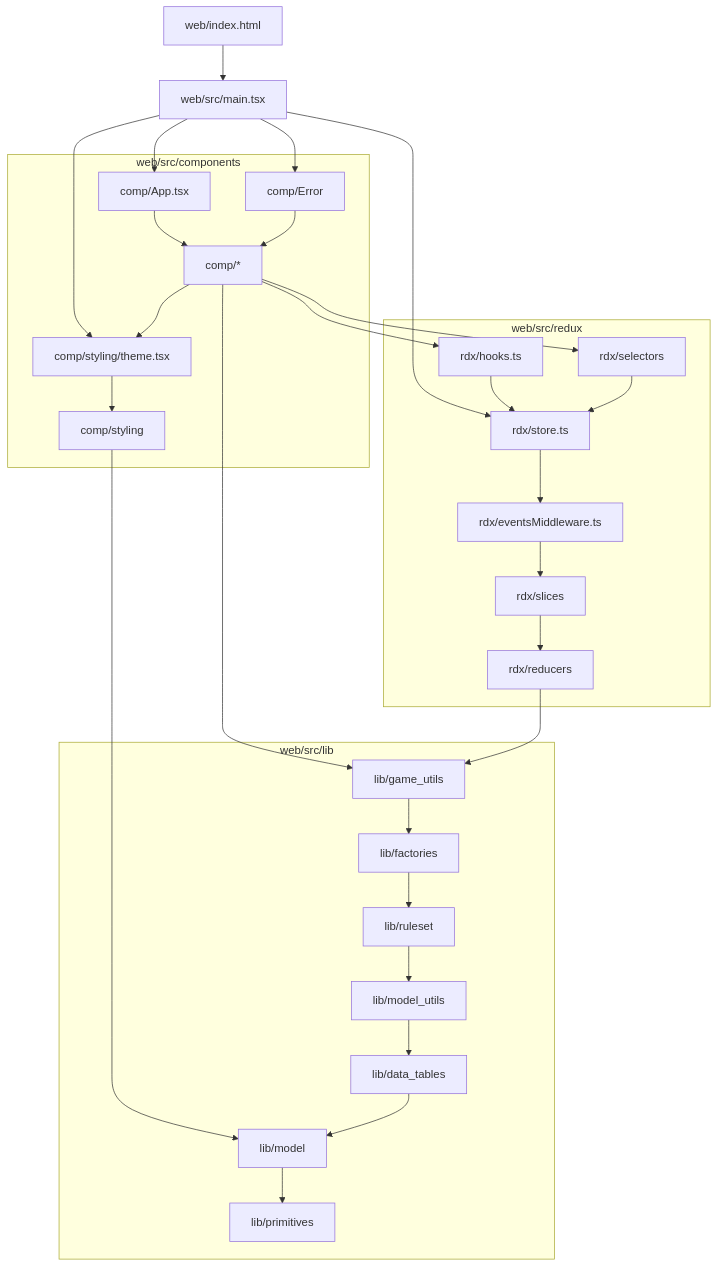
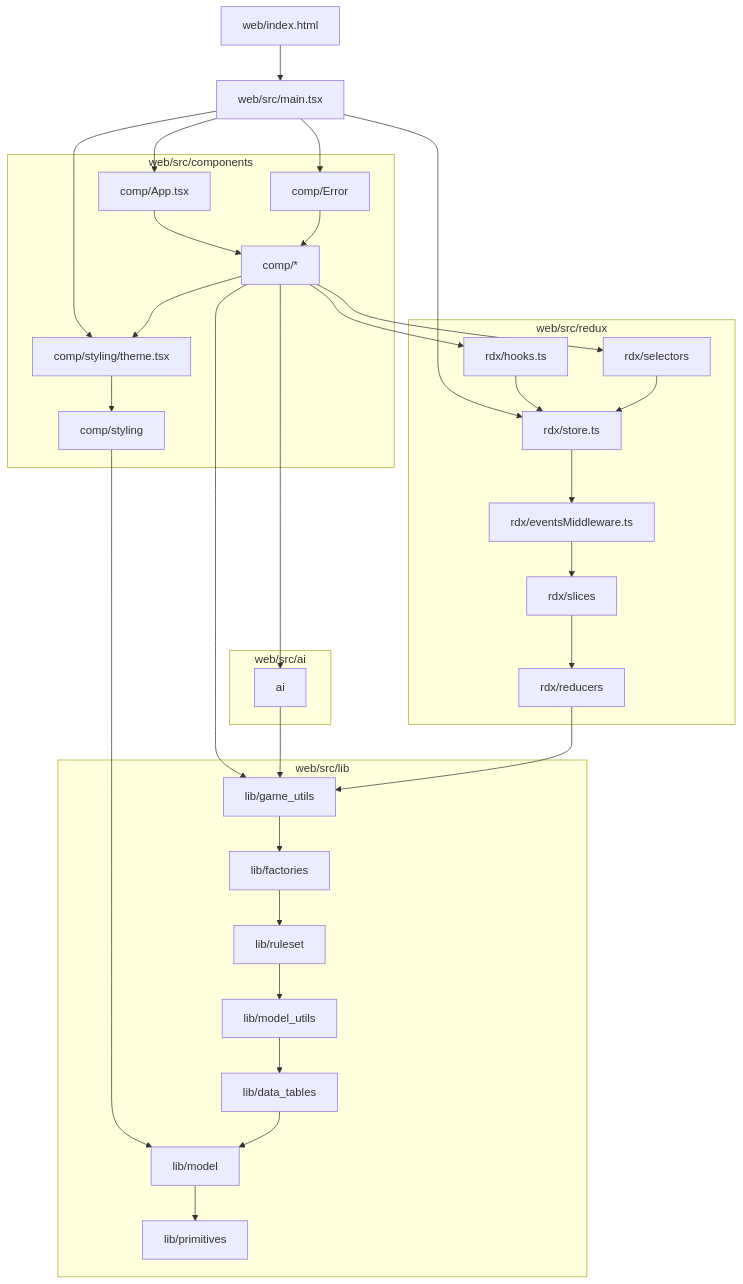
One commit to konrad-jamrozik/game-ts changed the first of 3 diagrams in docs/design/about_code_dependencies.md. Above: the diagram before and after it, drawn with Mermaid. The commit also changed 1 other file, not shown here.

Commit message:
add ai to deps

````diff
--- a/docs/design/about_code_dependencies.md
+++ b/docs/design/about_code_dependencies.md
@@ -49,56 +49,62 @@
 ```mermaid
 graph TD
     IndexH[web/index.html] --> MainTs[web/src/main.tsx]
 
     subgraph "web/src/components"
         CompApp[comp/App.tsx]
         CompTheme[comp/styling/theme.tsx]
         CompErr[comp/Error]
         Comp__[comp/*]
         CompSt[comp/styling]
     end
 
     subgraph "web/src/redux"
         RdxHook[rdx/hooks.ts]
         RdxStore[rdx/store.ts]
         RdxSel[rdx/selectors]
         RdxMid[rdx/eventsMiddleware.ts]
         RdxSli[rdx/slices]
         RdxRed[rdx/reducers]
+    end
+
+    subgraph "web/src/ai"
+        Ai[ai]
     end
 
     subgraph "web/src/lib"
         LibGam[lib/game_utils]
         LibFac[lib/factories]
         LibRul[lib/ruleset]
         LibDataT[lib/data_tables]
         LibMUt[lib/model_utils]
         LibMod[lib/model]
         LibPri[lib/primitives]
     end
 
     MainTs --> CompApp
     MainTs --> CompTheme
     MainTs --> CompErr
     MainTs --> RdxStore
     CompTheme --> CompSt
     CompApp --> Comp__
     CompErr --> Comp__
     Comp__ --> RdxHook
     Comp__ --> RdxSel
     Comp__ --> CompTheme
     Comp__ --> LibGam
+    Comp__ --> Ai
+    Ai --> LibGam
     CompSt --> LibMod
     RdxStore --> RdxMid
     RdxMid --> RdxSli
     RdxSli --> RdxRed
     RdxRed --> LibGam
     RdxHook --> RdxStore
     RdxSel --> RdxStore
     LibGam --> LibFac
     LibFac --> LibRul
     LibRul --> LibMUt
     LibMUt --> LibDataT
     LibDataT --> LibMod
     LibMod --> LibPri
 ```
````
